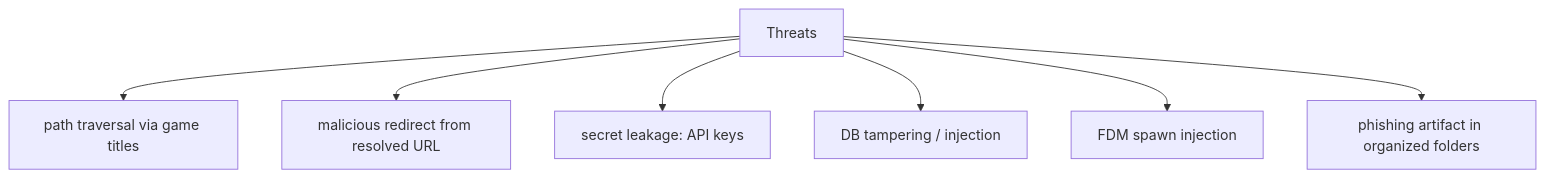
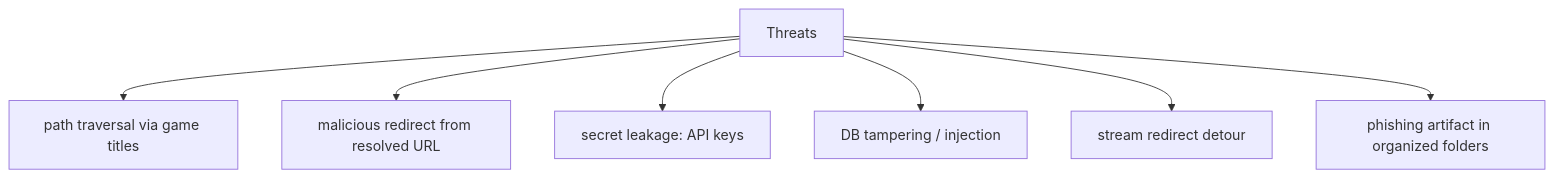
One commit to HELIX-Origin/LewdZone-Launcher changed the diagram in .agents/agents/review/security-auditor/security-auditor.md. Above: the diagram before and after it, drawn with Mermaid. The commit also changed other lines of this file and 19 other files, not shown here.

````diff
--- a/.agents/agents/review/security-auditor/security-auditor.md
+++ b/.agents/agents/review/security-auditor/security-auditor.md
@@ -18,9 +18,9 @@
 ```mermaid
 flowchart TD
     T[Threats] --> P[path traversal via game titles]
     T --> R[malicious redirect from resolved URL]
     T --> S["secret leakage: API keys"]
     T --> D["DB tampering / injection"]
-    T --> F[FDM spawn injection]
+    T --> F[stream redirect detour]
     T --> C[phishing artifact in organized folders]
 ```
````
